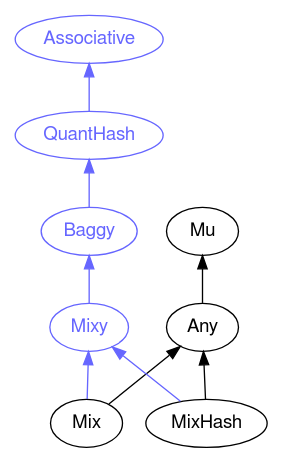
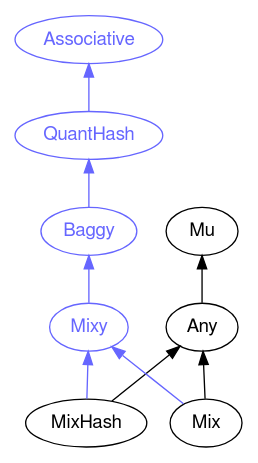
One commit to rakudocs/rakudocs.github.io changed the diagram in images/type-graph-Mixy.svg.dot. Above: the diagram before and after it, drawn with Graphviz. The commit also changed 2332 other files, not shown here.

```diff
--- a/images/type-graph-Mixy.svg.dot
+++ b/images/type-graph-Mixy.svg.dot
@@ -1,27 +1,26 @@
 digraph "perl6-type-graph" {
     rankdir=BT;
     splines=polyline;
     overlap=false; 
-    graph [truecolor=true bgcolor="#FFFFFF"];
     // Types
     "Mixy" [color="#6666FF", fontcolor="#6666FF", href="/type/Mixy", fontname="FreeSans"];
     "Associative" [color="#6666FF", fontcolor="#6666FF", href="/type/Associative", fontname="FreeSans"];
     "QuantHash" [color="#6666FF", fontcolor="#6666FF", href="/type/QuantHash", fontname="FreeSans"];
     "Baggy" [color="#6666FF", fontcolor="#6666FF", href="/type/Baggy", fontname="FreeSans"];
     "Mu" [color="#000000", fontcolor="#000000", href="/type/Mu", fontname="FreeSans"];
     "Any" [color="#000000", fontcolor="#000000", href="/type/Any", fontname="FreeSans"];
+    "MixHash" [color="#000000", fontcolor="#000000", href="/type/MixHash", fontname="FreeSans"];
     "Mix" [color="#000000", fontcolor="#000000", href="/type/Mix", fontname="FreeSans"];
-    "MixHash" [color="#000000", fontcolor="#000000", href="/type/MixHash", fontname="FreeSans"];
 
     // Superclasses
     "Any" -> "Mu" [color="#000000"];
+    "MixHash" -> "Any" [color="#000000"];
     "Mix" -> "Any" [color="#000000"];
-    "MixHash" -> "Any" [color="#000000"];
 
     // Roles
     "Mixy" -> "Baggy" [color="#6666FF"];
     "QuantHash" -> "Associative" [color="#6666FF"];
     "Baggy" -> "QuantHash" [color="#6666FF"];
+    "MixHash" -> "Mixy" [color="#6666FF"];
     "Mix" -> "Mixy" [color="#6666FF"];
-    "MixHash" -> "Mixy" [color="#6666FF"];
 }
```
